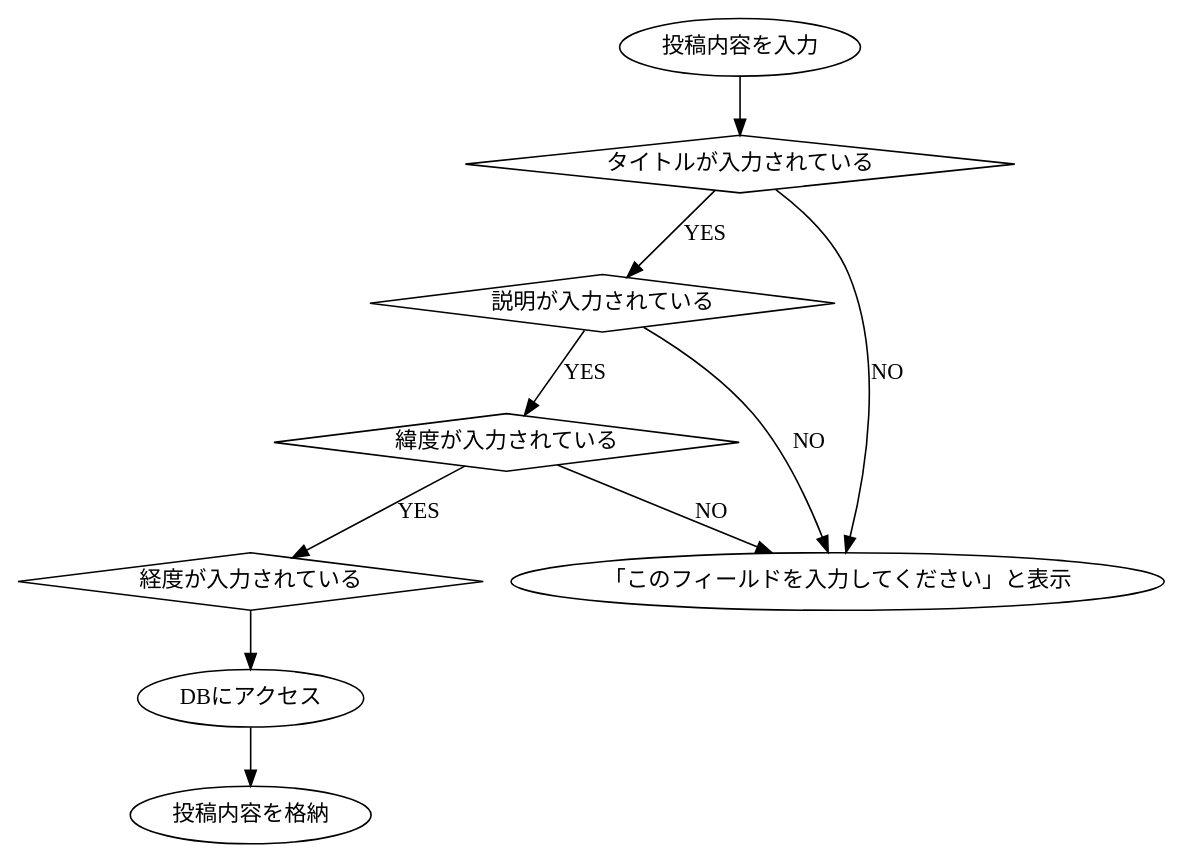
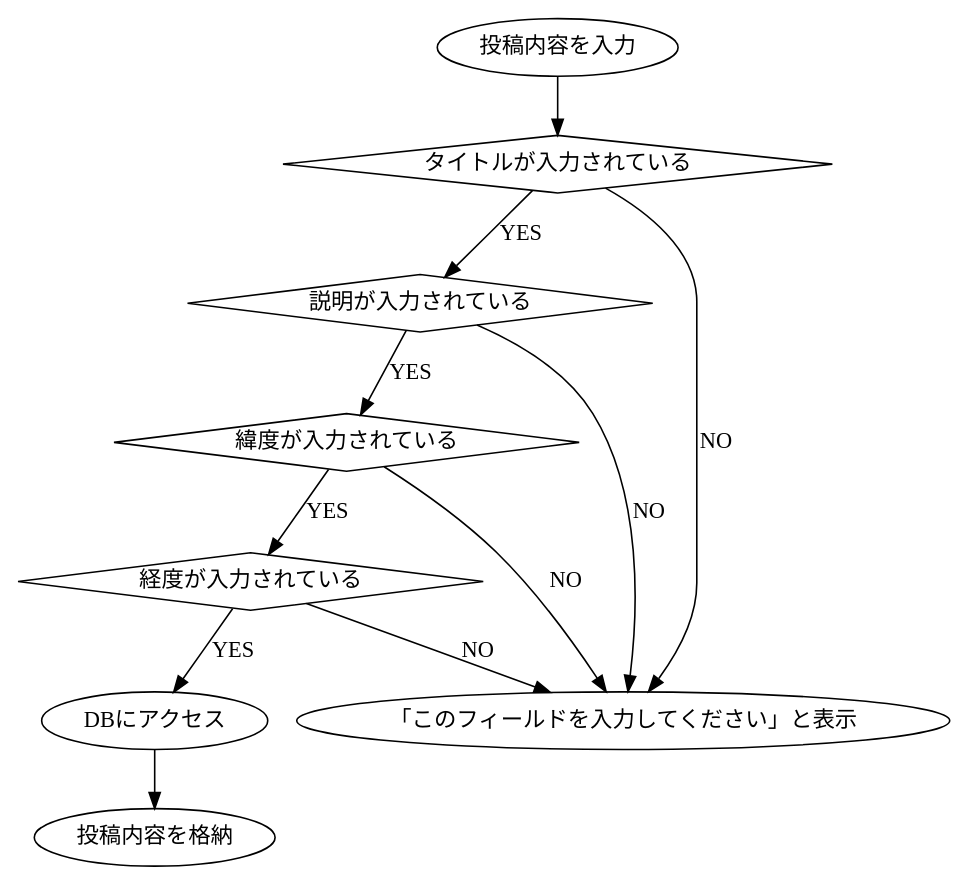
One commit to KUT-Group12/internal_design changed the diagram in dot/marudemaru/UserInputPinDetail.dot. Above: the diagram before and after it, drawn with Graphviz. The commit also changed 5 other files, not shown here.

```diff
--- a/dot/marudemaru/UserInputPinDetail.dot
+++ b/dot/marudemaru/UserInputPinDetail.dot
@@ -1,22 +1,23 @@
 digraph G {
     #include "style.doth"
 
     input[label = "投稿内容を入力"]
     title[label = "タイトルが入力されている", shape = diamond]
     content[label = "説明が入力されている", shape = diamond]
     latitude[label = "緯度が入力されている", shape = diamond]
     longitude[label = "経度が入力されている", shape = diamond]
     no[label = "「このフィールドを入力してください」と表示"]
     db[label = "DBにアクセス"]
     store[label = "投稿内容を格納"]
 
     input -> title
     title -> content [label = "YES"]
     title -> no [label = "NO"]
     content -> latitude [label = "YES"]
     content -> no [label = "NO"]
     latitude -> longitude [label = "YES"]
     latitude -> no [label = "NO"]
-    longitude -> db
+    longitude -> no [label = "NO"]
+    longitude -> db [label = "YES"]
     db -> store
 }
```
